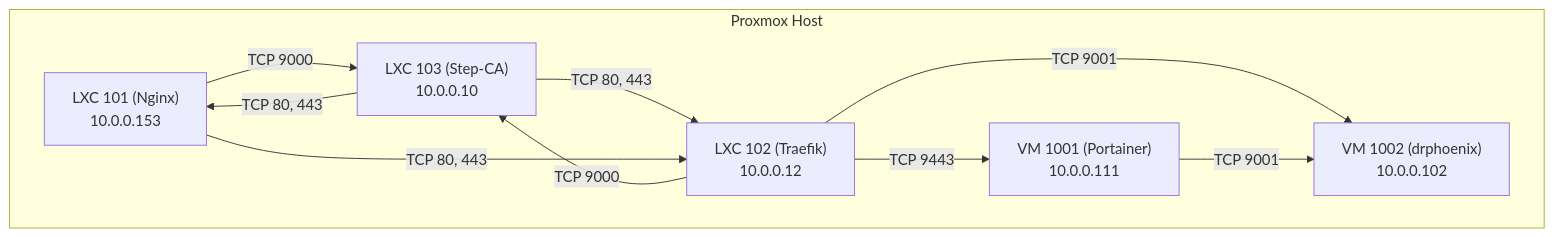
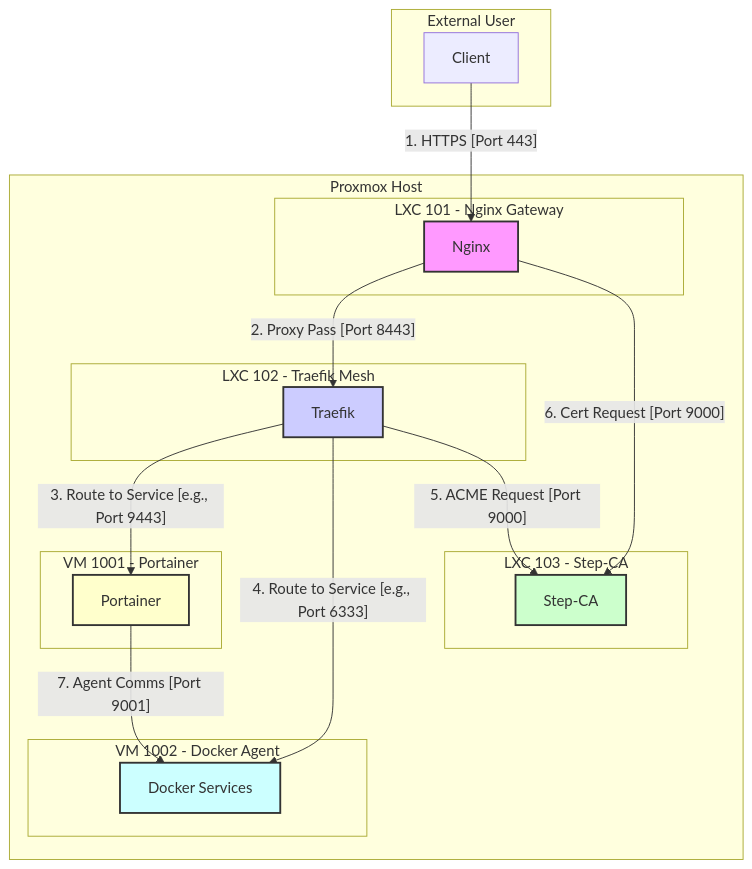
One commit to SirHeads/Testing-ideas changed the diagram in firewall_analysis.md. Above: the diagram before and after it, drawn with Mermaid. The commit also changed other lines of this file and 18 other files, not shown here.

````diff
--- a/firewall_analysis.md
+++ b/firewall_analysis.md
@@ -83,19 +23,40 @@
 ```mermaid
 graph TD
-    subgraph "Proxmox Host"
-        LXC101["LXC 101 (Nginx)<br>10.0.0.153"]
-        LXC102["LXC 102 (Traefik)<br>10.0.0.12"]
-        LXC103["LXC 103 (Step-CA)<br>10.0.0.10"]
-        VM1001["VM 1001 (Portainer)<br>10.0.0.111"]
-        VM1002["VM 1002 (drphoenix)<br>10.0.0.102"]
+    subgraph "External User"
+        A[Client]
     end
 
-    LXC101 -- "TCP 9000" --> LXC103
-    LXC102 -- "TCP 9000" --> LXC103
-    LXC103 -- "TCP 80, 443" --> LXC101
-    LXC103 -- "TCP 80, 443" --> LXC102
-    LXC101 -- "TCP 80, 443" --> LXC102
-    LXC102 -- "TCP 9443" --> VM1001
-    LXC102 -- "TCP 9001" --> VM1002
-    VM1001 -- "TCP 9001" --> VM1002
+    subgraph "Proxmox Host"
+        subgraph "LXC 101 - Nginx Gateway"
+            B[Nginx]
+        end
+        subgraph "LXC 102 - Traefik Mesh"
+            C[Traefik]
+        end
+        subgraph "LXC 103 - Step-CA"
+            D[Step-CA]
+        end
+        subgraph "VM 1001 - Portainer"
+            E[Portainer]
+        end
+        subgraph "VM 1002 - Docker Agent"
+            F[Docker Services]
+        end
+    end
+
+    A -- "1. HTTPS [Port 443]" --> B;
+    B -- "2. Proxy Pass [Port 8443]" --> C;
+    C -- "3. Route to Service [e.g., Port 9443]" --> E;
+    C -- "4. Route to Service [e.g., Port 6333]" --> F;
+
+    C -- "5. ACME Request [Port 9000]" --> D;
+    B -- "6. Cert Request [Port 9000]" --> D;
+    
+    E -- "7. Agent Comms [Port 9001]" --> F;
+
+    style B fill:#f9f,stroke:#333,stroke-width:2px
+    style C fill:#ccf,stroke:#333,stroke-width:2px
+    style D fill:#cfc,stroke:#333,stroke-width:2px
+    style E fill:#ffc,stroke:#333,stroke-width:2px
+    style F fill:#cff,stroke:#333,stroke-width:2px
 ```
````
